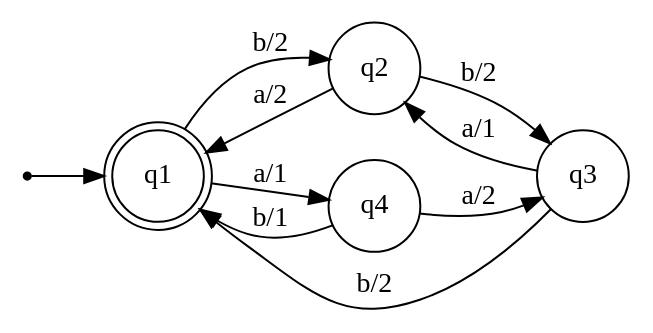
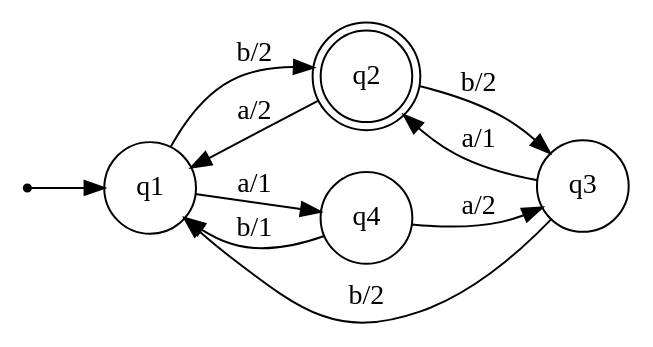
One commit to zenAndroid/oracle-extract changed the diagram in input.dot. Above: the diagram before and after it, drawn with Graphviz. The commit also changed 1 other file, not shown here.

```diff
--- a/input.dot
+++ b/input.dot
@@ -1,15 +1,15 @@
 digraph Automaton {
     node [shape=point] INIT;
-    q1 [shape="doublecircle"];
+    q2 [shape="doublecircle"];
     node [shape=circle];
     rankdir = LR;
     INIT -> q1;
     q1 -> q2 [label="b/2"];
     q1 -> q4 [label="a/1"];
     q2 -> q1 [label="a/2"];
     q2 -> q3 [label="b/2"];
     q3 -> q2 [label="a/1"];
     q3 -> q1 [label="b/2"];
     q4 -> q1 [label="b/1"];
     q4 -> q3 [label="a/2"];
 }
```
